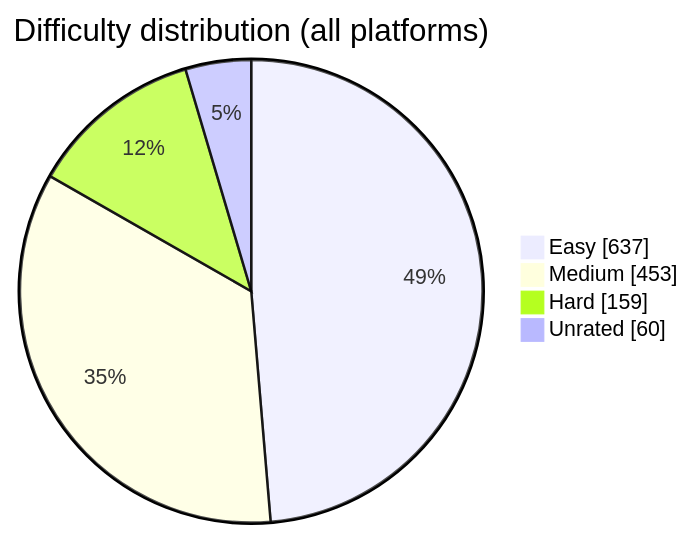
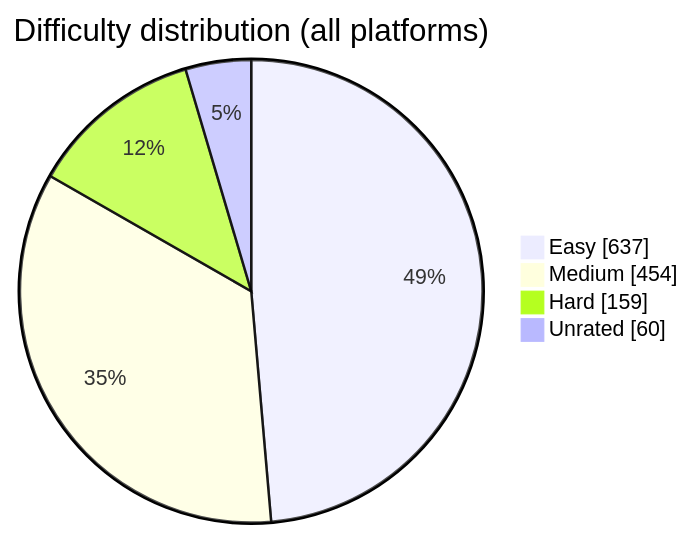
The diagram in README.md (BuildbyArindam/Daily-Coding-Log), drawn with Mermaid before and after one commit. The commit also changed other lines of this file, not shown here.

````diff
--- a/README.md
+++ b/README.md
@@ -93,7 +93,7 @@
 ```mermaid
 pie showData title Difficulty distribution (all platforms)
     "Easy" : 637
-    "Medium" : 453
+    "Medium" : 454
     "Hard" : 159
     "Unrated" : 60
 ```
````
